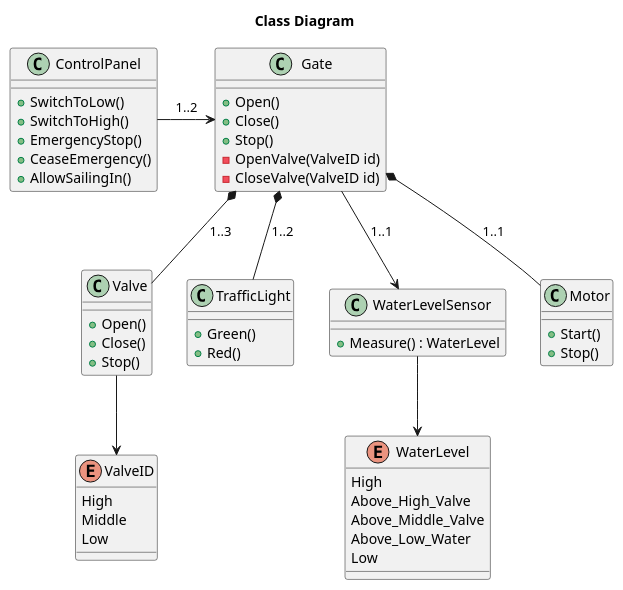
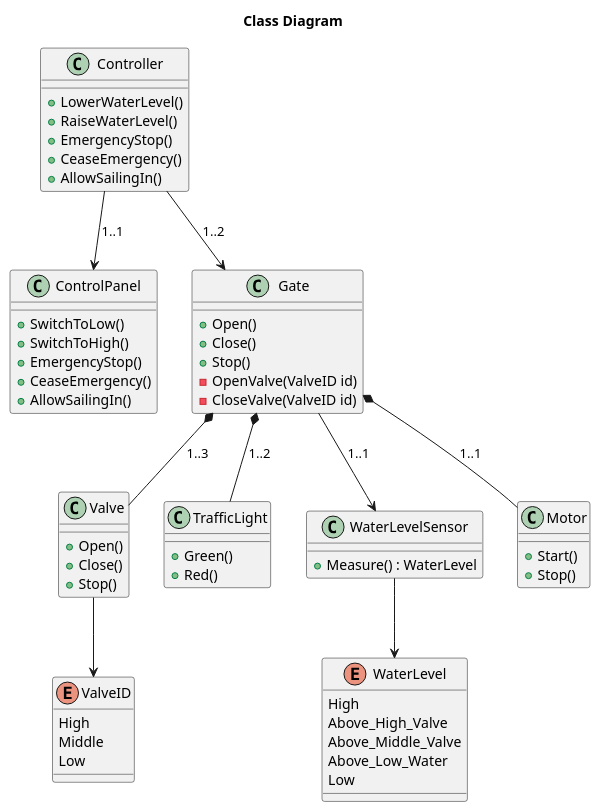
One commit to NathanThus/Technology-Semester-3 changed the second of 6 diagrams in Software Design & Algorithms/PoundLock/Diagrams.puml. Above: the diagram before and after it, drawn with PlantUML. The commit also changed other lines of this file, not shown here.

```diff
--- a/Software Design & Algorithms/PoundLock/Diagrams.puml
+++ b/Software Design & Algorithms/PoundLock/Diagrams.puml
@@ -13,70 +13,79 @@
 @startuml Class Diagram
 title Class Diagram
+
+Class Controller
+{
+    {method} + LowerWaterLevel()
+    {method} + RaiseWaterLevel()
+    {method} + EmergencyStop()
+    {method} + CeaseEmergency()
+    {method} + AllowSailingIn()
+}
 
 Class ControlPanel
 {
     {method} + SwitchToLow()
     {method} + SwitchToHigh()
     {method} + EmergencyStop()
     {method} + CeaseEmergency()
     {method} + AllowSailingIn()
 }
 
 Class Valve
 {
     {method} + Open()
     {method} + Close()
     {method} + Stop()
 }
 
 Class Gate
 {
     {method} + Open()
     {method} + Close()
     {method} + Stop()
     {method} - OpenValve(ValveID id)
     {method} - CloseValve(ValveID id)
 }
 
 Class TrafficLight
 {
     {method} + Green()
     {method} + Red()
 }
 
 Class WaterLevelSensor
 {
     {method} + Measure() : WaterLevel
 }
 
 class Motor
 {
     {method} + Start()
     {method} + Stop()
 }
 
 enum WaterLevel
 {
     High
     Above_High_Valve
     Above_Middle_Valve
     Above_Low_Water
     Low
 }
 
 enum ValveID
 {
     High
     Middle
     Low
 }
-
-ControlPanel -> Gate : 1..2
+Controller --> ControlPanel : 1..1
+Controller --> Gate : 1..2
 Gate --> WaterLevelSensor : 1..1
 WaterLevelSensor --> WaterLevel
 Valve --> ValveID
 Gate *-- TrafficLight : 1..2
 Gate *-- Valve : 1..3
 Gate *-- Motor : 1..1
 
 @enduml
```
